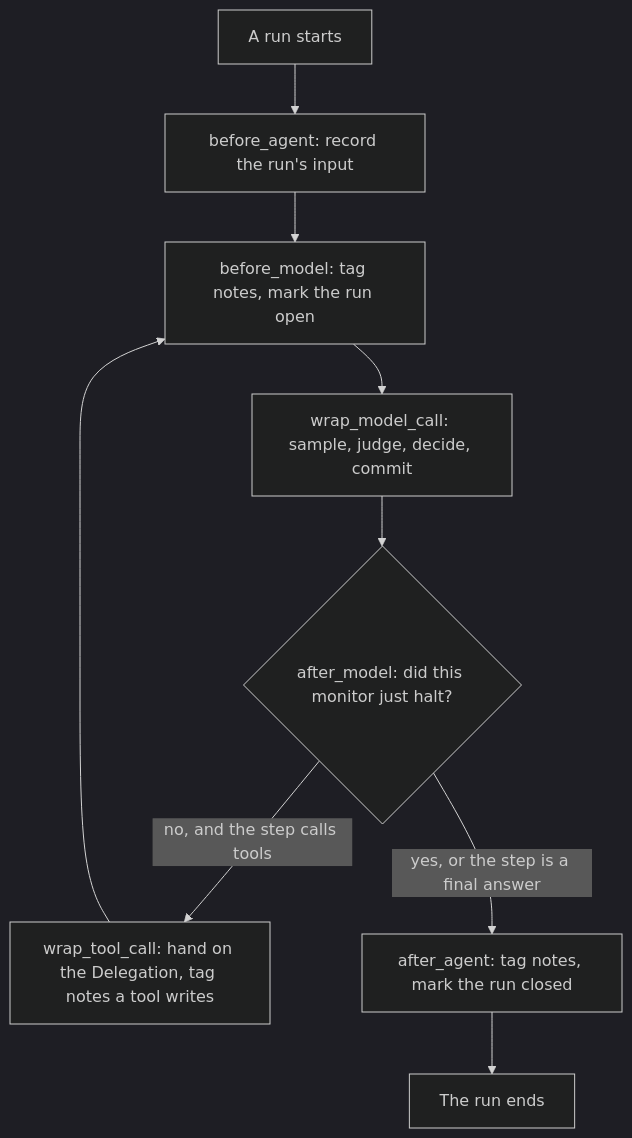
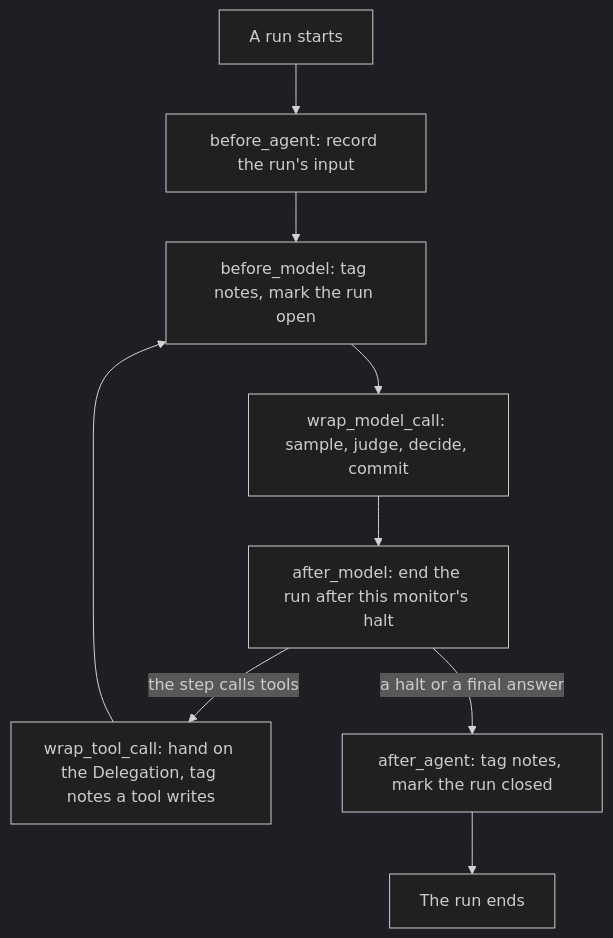
The second of 7 diagrams in docs/explanation/design.md (omamori-lab/langchain-sync-monitors), drawn with Mermaid (dark theme) before and after one commit. The commit also changed other lines of this file, not shown here.

First line of the commit message:
Tighten the design page's diagrams and cited claims

````diff
--- a/docs/explanation/design.md
+++ b/docs/explanation/design.md
@@ -86,11 +92,11 @@
 ```mermaid
 flowchart TD
     start["A run starts"] --> beforeAgent["before_agent: record the run's input"]
     beforeAgent --> beforeModel["before_model: tag notes, mark the run open"]
     beforeModel --> model["wrap_model_call: sample, judge, decide, commit"]
-    model --> afterModel{"after_model: did this monitor just halt?"}
-    afterModel -- "no, and the step calls tools" --> tools["wrap_tool_call: hand on the Delegation, tag notes a tool writes"]
+    model --> afterModel["after_model: end the run after this monitor's halt"]
+    afterModel -- "the step calls tools" --> tools["wrap_tool_call: hand on the Delegation, tag notes a tool writes"]
     tools --> beforeModel
-    afterModel -- "yes, or the step is a final answer" --> afterAgent["after_agent: tag notes, mark the run closed"]
+    afterModel -- "a halt or a final answer" --> afterAgent["after_agent: tag notes, mark the run closed"]
     afterAgent --> finish["The run ends"]
 ```
````
